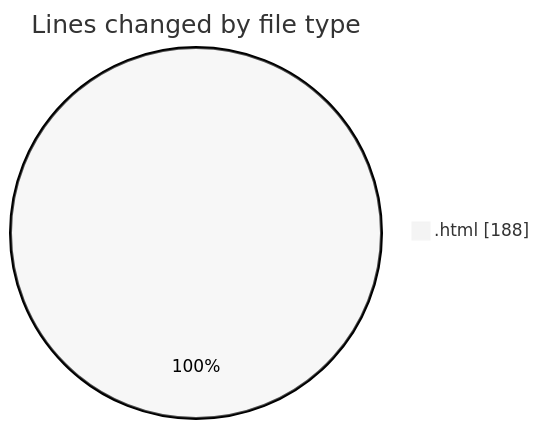
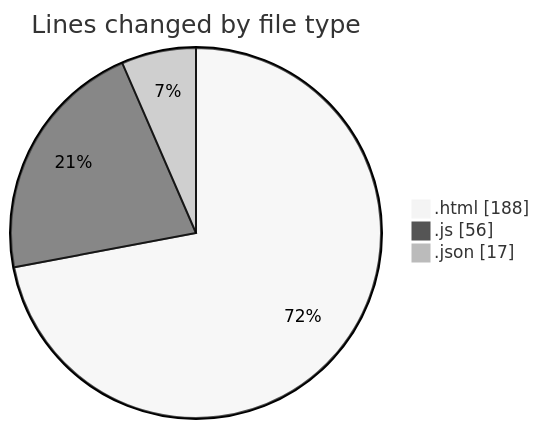
One commit to IJAZ3593/code-tracking changed the first of 2 diagrams in 2025-09-04/tailwind/README.md. Above: the diagram before and after it, drawn with Mermaid (neutral theme). The commit also changed other lines of this file and 1 other file, not shown here.

````diff
--- a/2025-09-04/tailwind/README.md
+++ b/2025-09-04/tailwind/README.md
@@ -23,5 +25,7 @@
 ```mermaid
 pie showData
 title Lines changed by file type
 ".html" : 188
+".js" : 56
+".json" : 17
 ```
````
